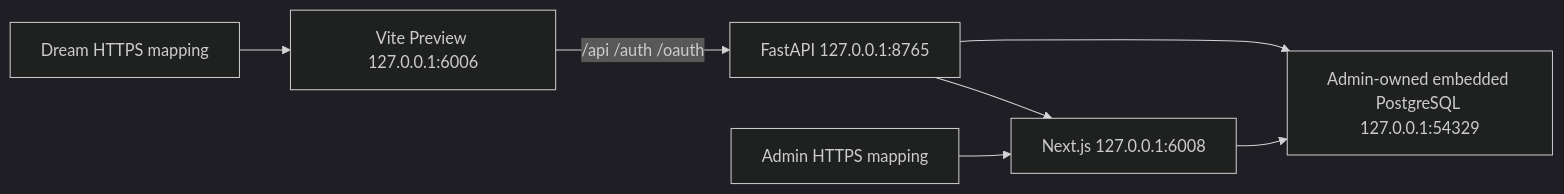
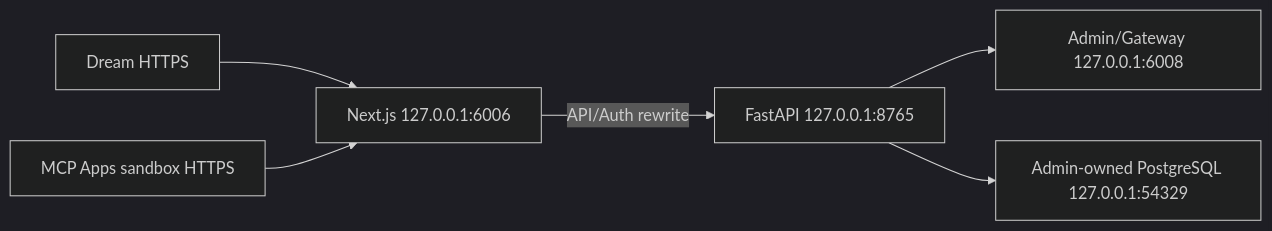
Before and after one commit to glide-the/im-dream: the diagram in docs/deploy/autodl.md, drawn with Mermaid (dark theme). The commit also changed other lines of this file and 27 other files, not shown here.

````diff
--- a/docs/deploy/autodl.md
+++ b/docs/deploy/autodl.md
@@ -17,9 +13,8 @@
 ```mermaid
 flowchart LR
-  DreamPublic["Dream HTTPS mapping"] --> Frontend["Vite Preview 127.0.0.1:6006"]
-  Frontend -->|"/api /auth /oauth"| Dream["FastAPI 127.0.0.1:8765"]
-  AdminPublic["Admin HTTPS mapping"] --> Admin["Next.js 127.0.0.1:6008"]
-  Dream --> Admin
-  Dream --> PG["Admin-owned embedded PostgreSQL 127.0.0.1:54329"]
-  Admin --> PG
+  Public["Dream HTTPS"] --> Next["Next.js 127.0.0.1:6006"]
+  Sandbox["MCP Apps sandbox HTTPS"] --> Next
+  Next -->|API/Auth rewrite| API["FastAPI 127.0.0.1:8765"]
+  API --> Admin["Admin/Gateway 127.0.0.1:6008"]
+  API --> PG["Admin-owned PostgreSQL 127.0.0.1:54329"]
 ```
````
